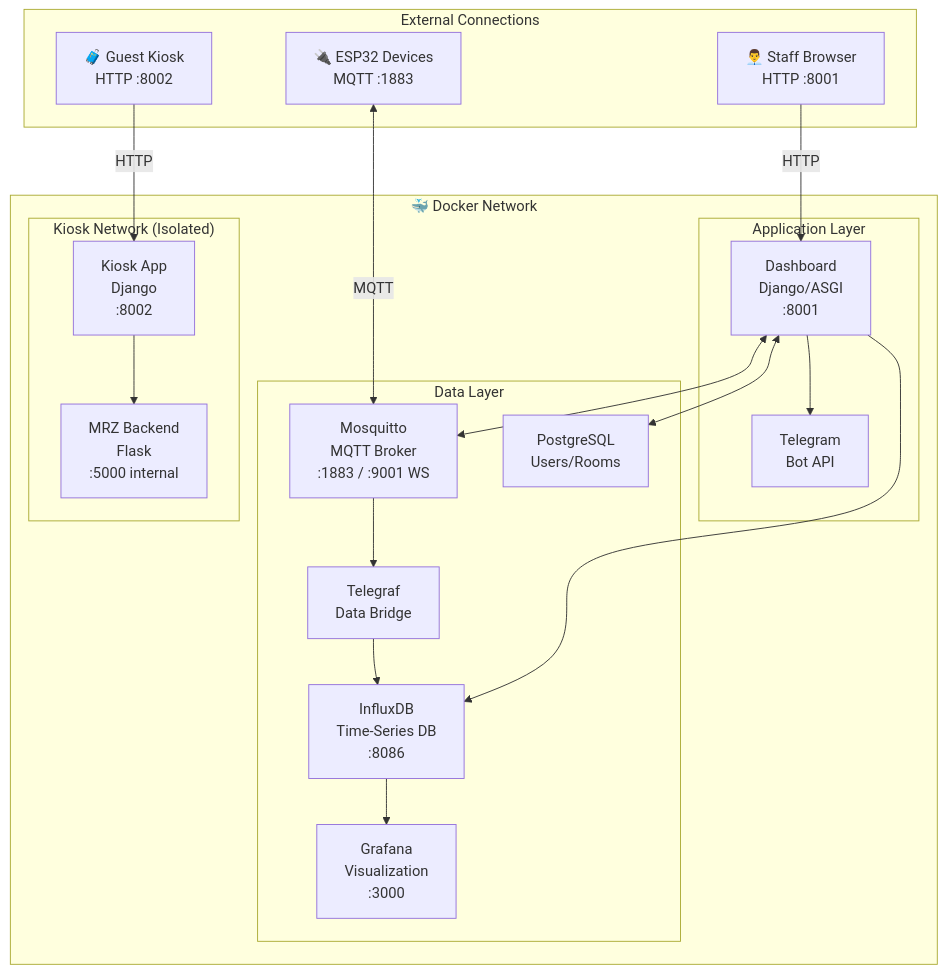
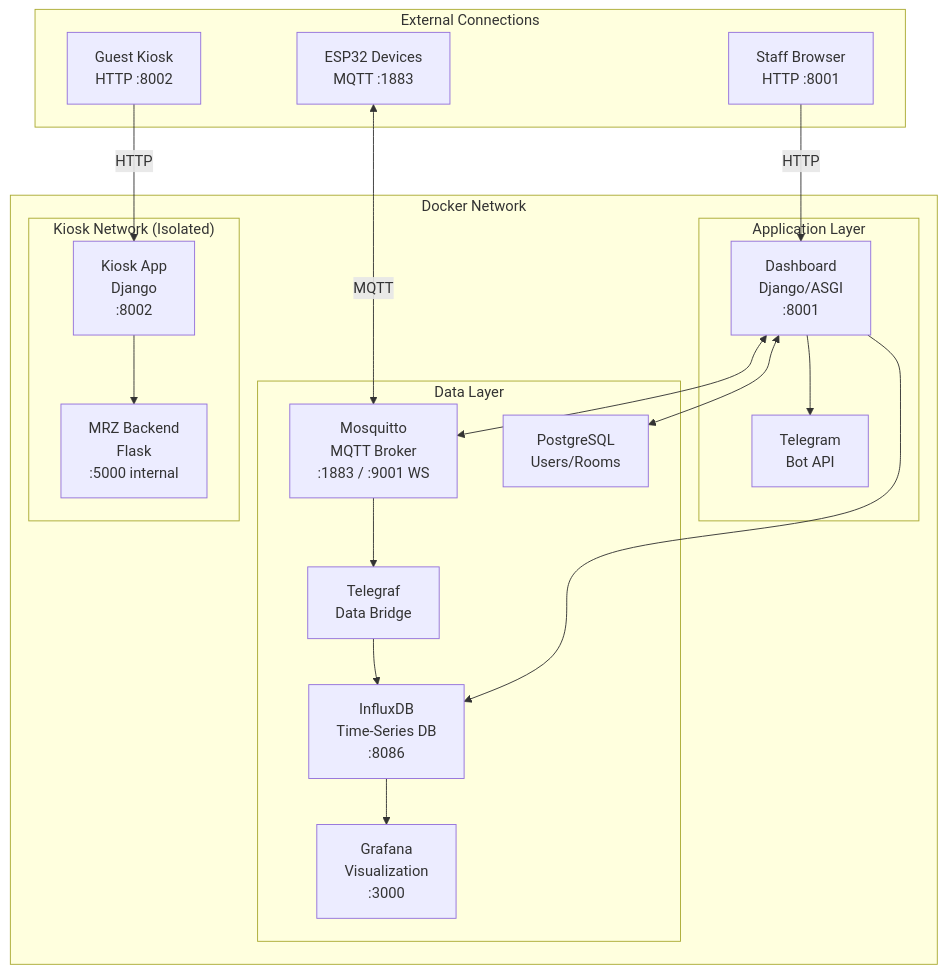
The first of 3 diagrams in cloud/README.md (omarmx9/smart-hotel), drawn with Mermaid before and after one commit. The commit also changed other lines of this file and 3 other files, not shown here.

Commit message:
docs: Update Mermaid diagrams for consistency and clarity in documentation

````diff
--- a/cloud/README.md
+++ b/cloud/README.md
@@ -38,43 +38,43 @@
 ```mermaid
 flowchart TB
     subgraph EXTERNAL["External Connections"]
-        ESP32["🔌 ESP32 Devices<br/>MQTT :1883"]
-        STAFF["👨‍💼 Staff Browser<br/>HTTP :8001"]
-        GUESTS["🧳 Guest Kiosk<br/>HTTP :8002"]
+        ESP32["ESP32 Devices<br/>MQTT :1883"]
+        STAFF["Staff Browser<br/>HTTP :8001"]
+        GUESTS["Guest Kiosk<br/>HTTP :8002"]
     end
 
-    subgraph DOCKER["🐳 Docker Network"]
+    subgraph DOCKER["Docker Network"]
         subgraph DATA_LAYER["Data Layer"]
             MOSQUITTO["Mosquitto<br/>MQTT Broker<br/>:1883 / :9001 WS"]
             TELEGRAF["Telegraf<br/>Data Bridge"]
             INFLUXDB["InfluxDB<br/>Time-Series DB<br/>:8086"]
             GRAFANA["Grafana<br/>Visualization<br/>:3000"]
             POSTGRES["PostgreSQL<br/>Users/Rooms"]
         end
         
         subgraph APP_LAYER["Application Layer"]
             DASHBOARD["Dashboard<br/>Django/ASGI<br/>:8001"]
             TELEGRAM["Telegram<br/>Bot API"]
         end
         
         subgraph KIOSK_NET["Kiosk Network (Isolated)"]
             KIOSK["Kiosk App<br/>Django<br/>:8002"]
             MRZ["MRZ Backend<br/>Flask<br/>:5000 internal"]
         end
     end
 
     ESP32 <-->|MQTT| MOSQUITTO
     STAFF -->|HTTP| DASHBOARD
     GUESTS -->|HTTP| KIOSK
     
     MOSQUITTO --> TELEGRAF
     TELEGRAF --> INFLUXDB
     INFLUXDB --> GRAFANA
     
     DASHBOARD <--> POSTGRES
     DASHBOARD <--> MOSQUITTO
     DASHBOARD --> TELEGRAM
     DASHBOARD --> INFLUXDB
     
     KIOSK --> MRZ
 ```
````
